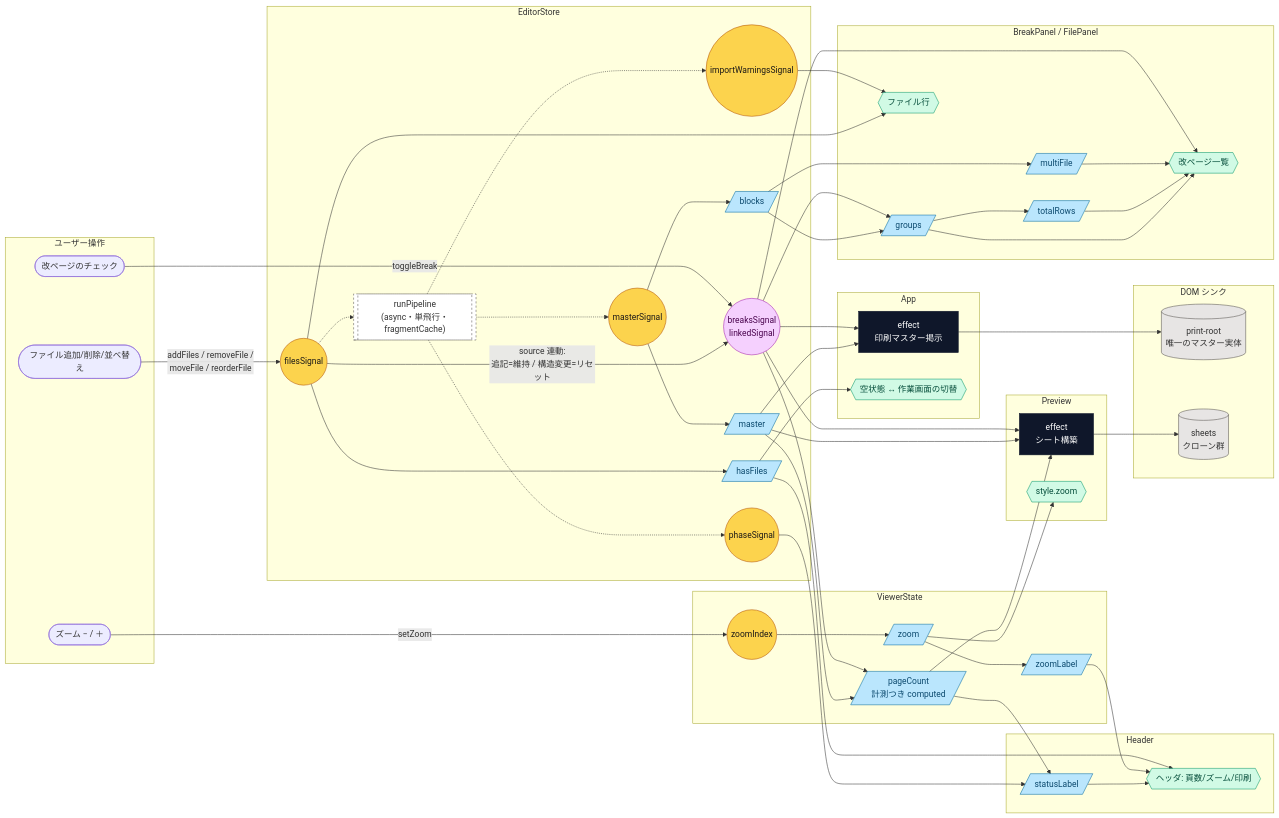
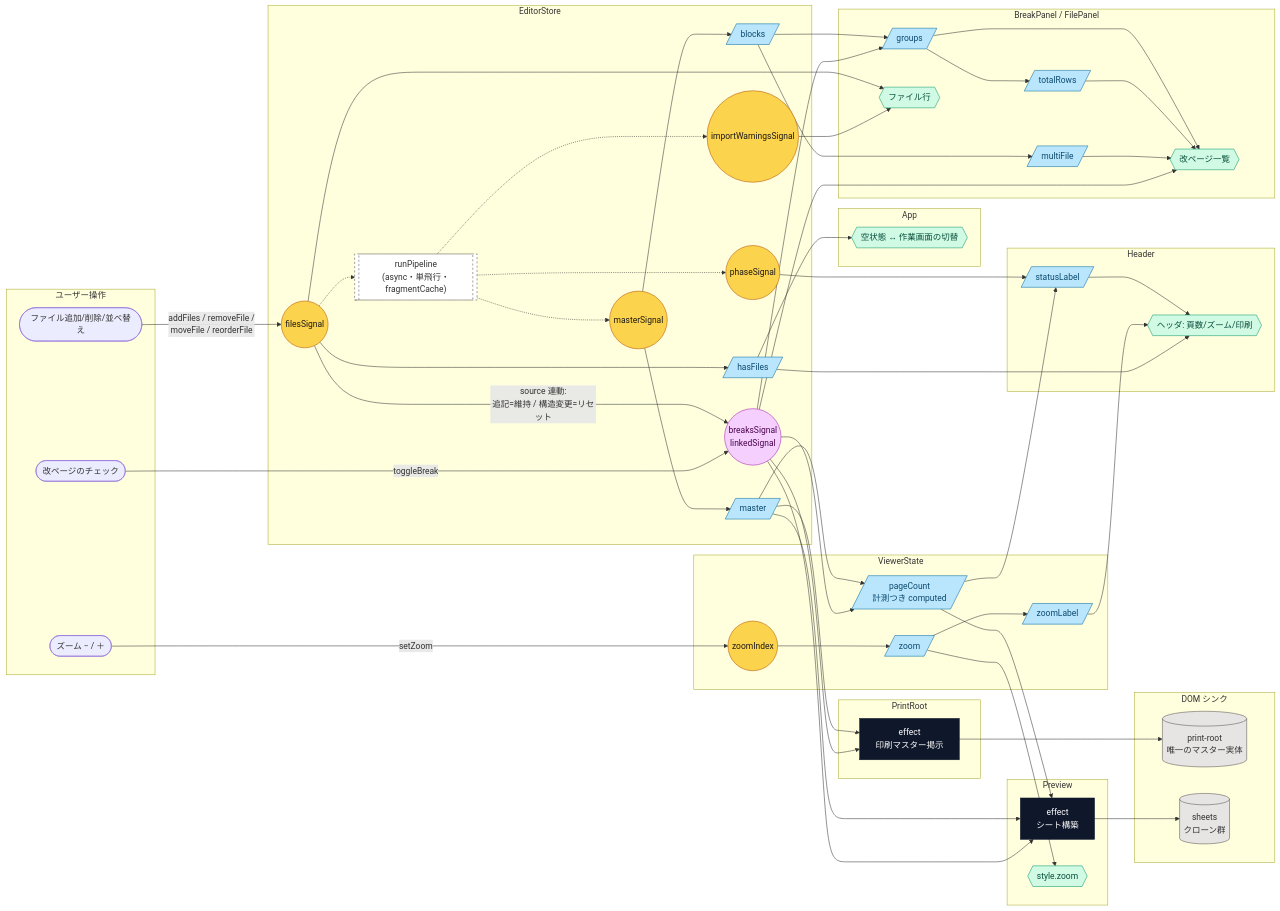
Before and after one commit to lacolaco/printmd: the diagram in docs/signal-graph.md, drawn with Mermaid. The commit also changed 3 other files, not shown here.

First line of the commit message:
refactor: 印刷対象の掲示を PrintRoot コンポーネントへ分離する

```diff
--- a/docs/signal-graph.md
+++ b/docs/signal-graph.md
@@ -41,8 +41,11 @@
   end
 
   subgraph AppC["App"]
+    T2{{空状態 ↔ 作業画面の切替}}
+  end
+
+  subgraph PrintC["PrintRoot"]
     AE1[effect<br/>印刷マスター掲示]
-    T2{{空状態 ↔ 作業画面の切替}}
   end
 
   subgraph PreviewC["Preview"]
```
